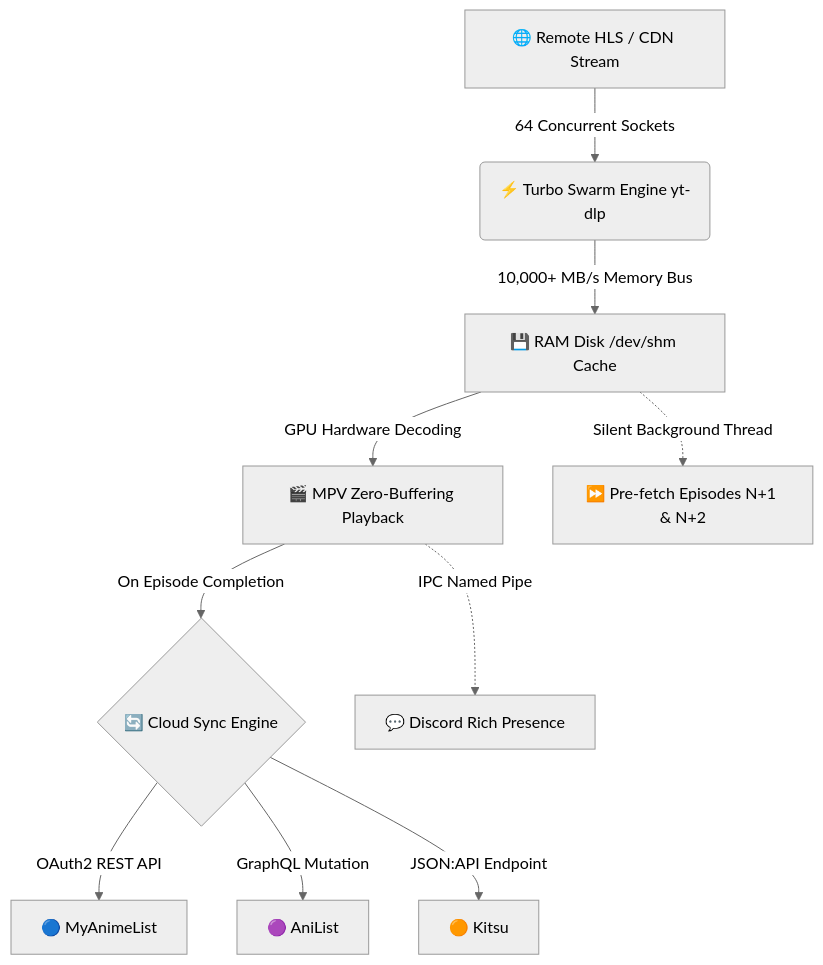
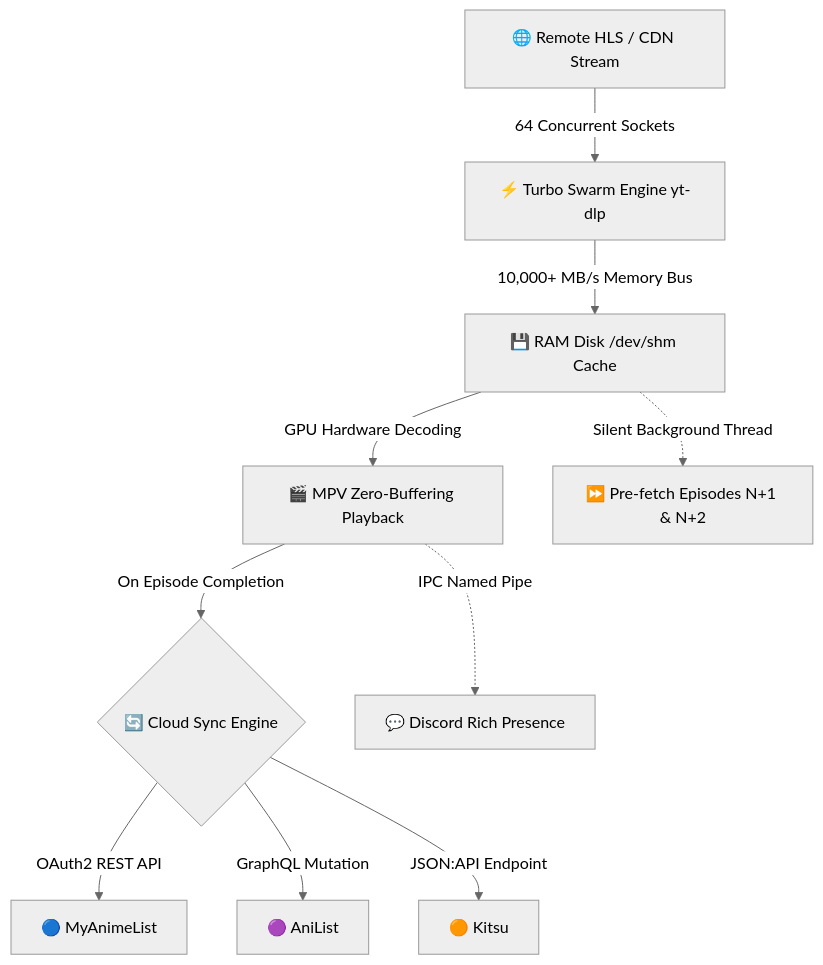
The diagram in README.md (idrisharis12/ani-sync), drawn with Mermaid (neutral theme) before and after one commit.

Commit message:
fix(docs): quote all mermaid node and edge labels to fix GitHub rich display render crash

````diff
--- a/README.md
+++ b/README.md
@@ -125,12 +125,12 @@
 ```mermaid
 flowchart TD
-    A[🌐 Remote HLS / CDN Stream] -->|64 Concurrent Sockets| B(⚡ Turbo Swarm Engine yt-dlp)
-    B -->|10,000+ MB/s Memory Bus| C[💾 RAM Disk /dev/shm Cache]
-    C -->|GPU Hardware Decoding| D[🎬 MPV Zero-Buffering Playback]
-    C -.->|Silent Background Thread| E[⏩ Pre-fetch Episodes N+1 & N+2]
-    D -->|On Episode Completion| F{🔄 Cloud Sync Engine}
-    F -->|OAuth2 REST API| G[🔵 MyAnimeList]
-    F -->|GraphQL Mutation| H[🟣 AniList]
-    F -->|JSON:API Endpoint| I[🟠 Kitsu]
-    D -.->|IPC Named Pipe| J[💬 Discord Rich Presence]
+    A["🌐 Remote HLS / CDN Stream"] -->|"64 Concurrent Sockets"| B["⚡ Turbo Swarm Engine yt-dlp"]
+    B -->|"10,000+ MB/s Memory Bus"| C["💾 RAM Disk /dev/shm Cache"]
+    C -->|"GPU Hardware Decoding"| D["🎬 MPV Zero-Buffering Playback"]
+    C -.->|"Silent Background Thread"| E["⏩ Pre-fetch Episodes N+1 & N+2"]
+    D -->|"On Episode Completion"| F{"🔄 Cloud Sync Engine"}
+    F -->|"OAuth2 REST API"| G["🔵 MyAnimeList"]
+    F -->|"GraphQL Mutation"| H["🟣 AniList"]
+    F -->|"JSON:API Endpoint"| I["🟠 Kitsu"]
+    D -.->|"IPC Named Pipe"| J["💬 Discord Rich Presence"]
 ```
````
